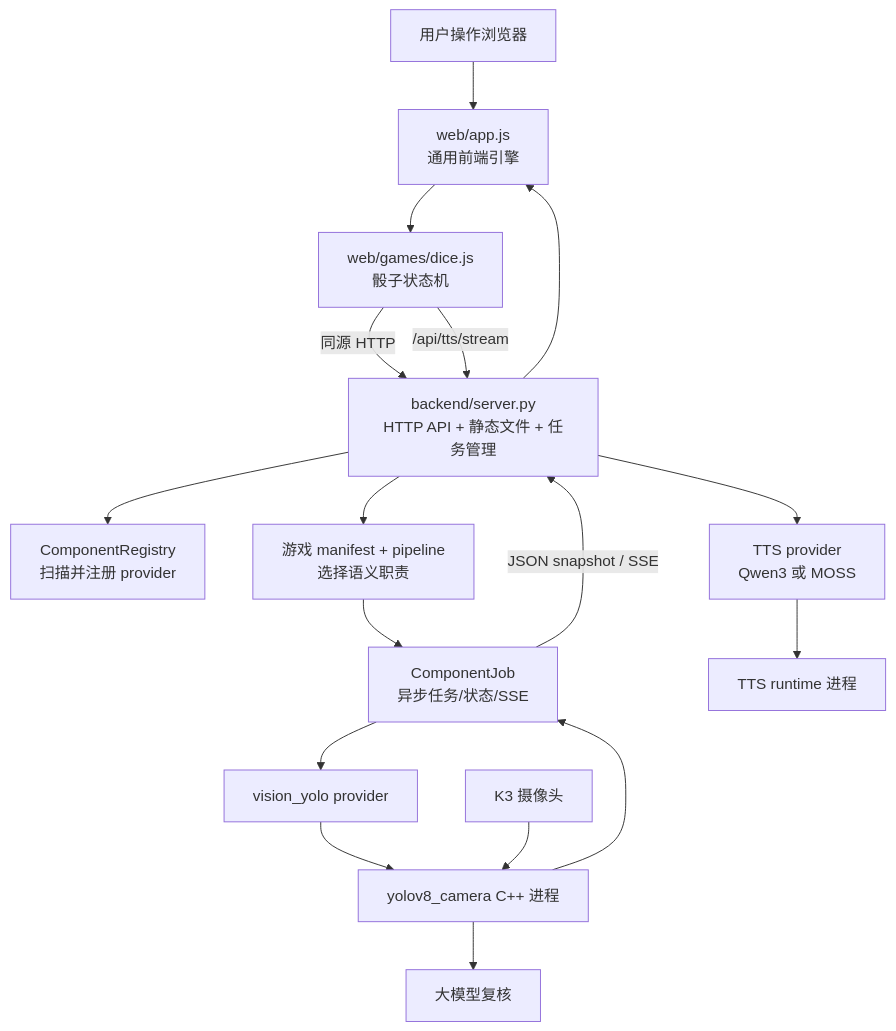
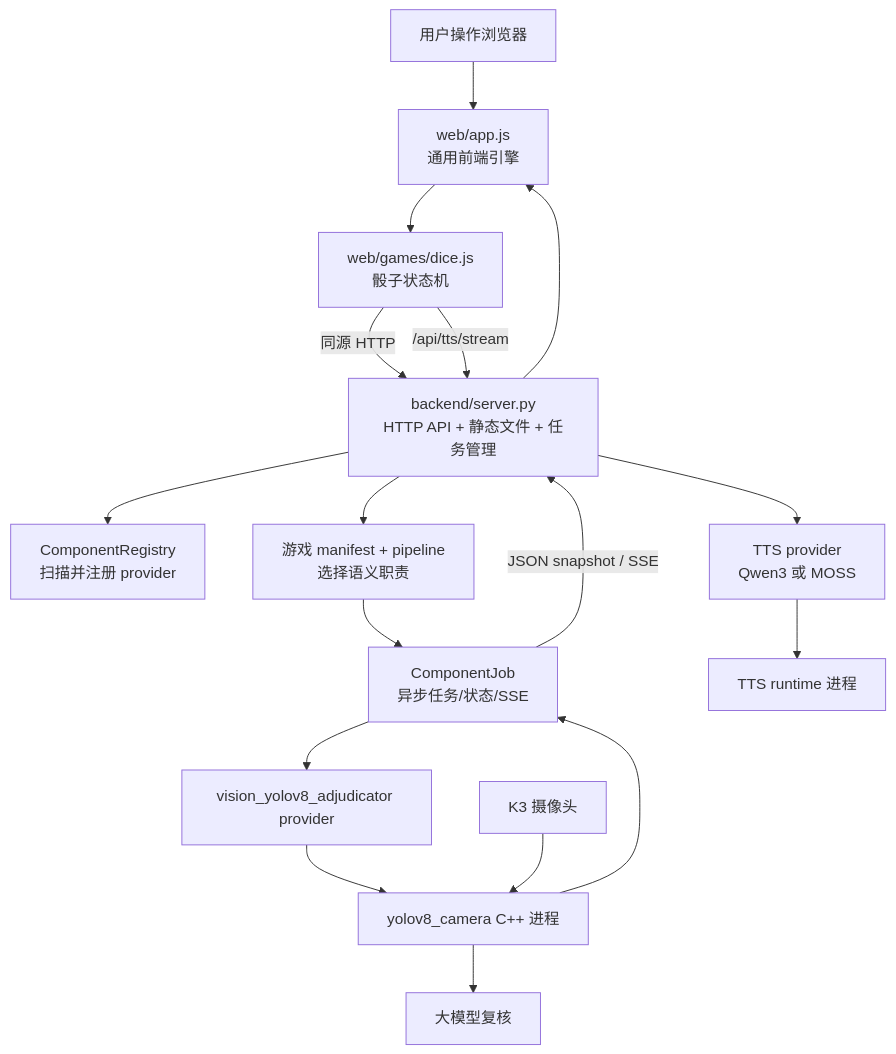
The first of 2 diagrams in FRAMEWORK_DISPATCH.md (Fitz8863/spacemitk3-dice_demo), drawn with Mermaid before and after one commit. The commit also changed other lines of this file and 14 other files, not shown here.

Commit message:
refactor: migrate vision adjudicator package

````diff
--- a/FRAMEWORK_DISPATCH.md
+++ b/FRAMEWORK_DISPATCH.md
@@ -63,27 +63,27 @@
 ```mermaid
 flowchart TD
     User[用户操作浏览器]
     Web[web/app.js\n通用前端引擎]
     Dice[web/games/dice.js\n骰子状态机]
     API[backend/server.py\nHTTP API + 静态文件 + 任务管理]
     Registry[ComponentRegistry\n扫描并注册 provider]
     Game[游戏 manifest + pipeline\n选择语义职责]
     Job[ComponentJob\n异步任务/状态/SSE]
-    YOLO[vision_yolo provider]
+    YOLO[vision_yolov8_adjudicator provider]
     Binary[yolov8_camera C++ 进程]
     Camera[K3 摄像头]
     LLM[大模型复核]
     TTS[TTS provider\nQwen3 或 MOSS]
     Runtime[TTS runtime 进程]
 
     User --> Web --> Dice
     Dice -->|同源 HTTP| API
     API --> Registry
     API --> Game
     Game --> Job --> YOLO --> Binary
     Camera --> Binary
     Binary --> LLM
     Binary --> Job
     Job -->|JSON snapshot / SSE| API --> Web
     Dice -->|/api/tts/stream| API --> TTS --> Runtime
 ```
````
